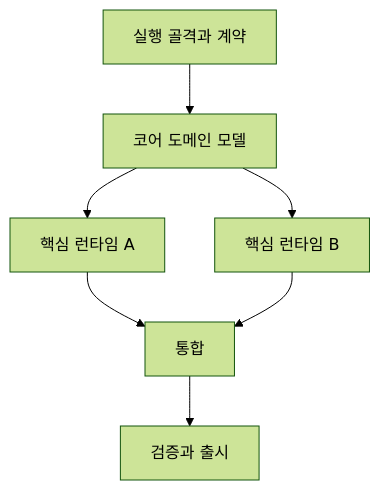
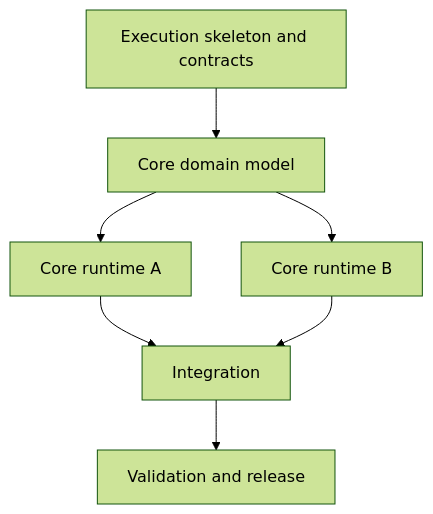
The diagram in implementation-roadmap/SKILL.md (j-token/j-token-skill), drawn with Mermaid (forest theme) before and after one commit. The commit also changed other lines of this file, not shown here.

Commit message:
Translate implementation roadmap skill to English

````diff
--- a/implementation-roadmap/SKILL.md
+++ b/implementation-roadmap/SKILL.md
@@ -35,9 +35,9 @@
 ```mermaid
 flowchart TD
-    P0[실행 골격과 계약] --> P1[코어 도메인 모델]
-    P1 --> P2[핵심 런타임 A]
-    P1 --> P3[핵심 런타임 B]
-    P2 --> P4[통합]
+    P0[Execution skeleton and contracts] --> P1[Core domain model]
+    P1 --> P2[Core runtime A]
+    P1 --> P3[Core runtime B]
+    P2 --> P4[Integration]
     P3 --> P4
-    P4 --> P5[검증과 출시]
+    P4 --> P5[Validation and release]
 ```
````
